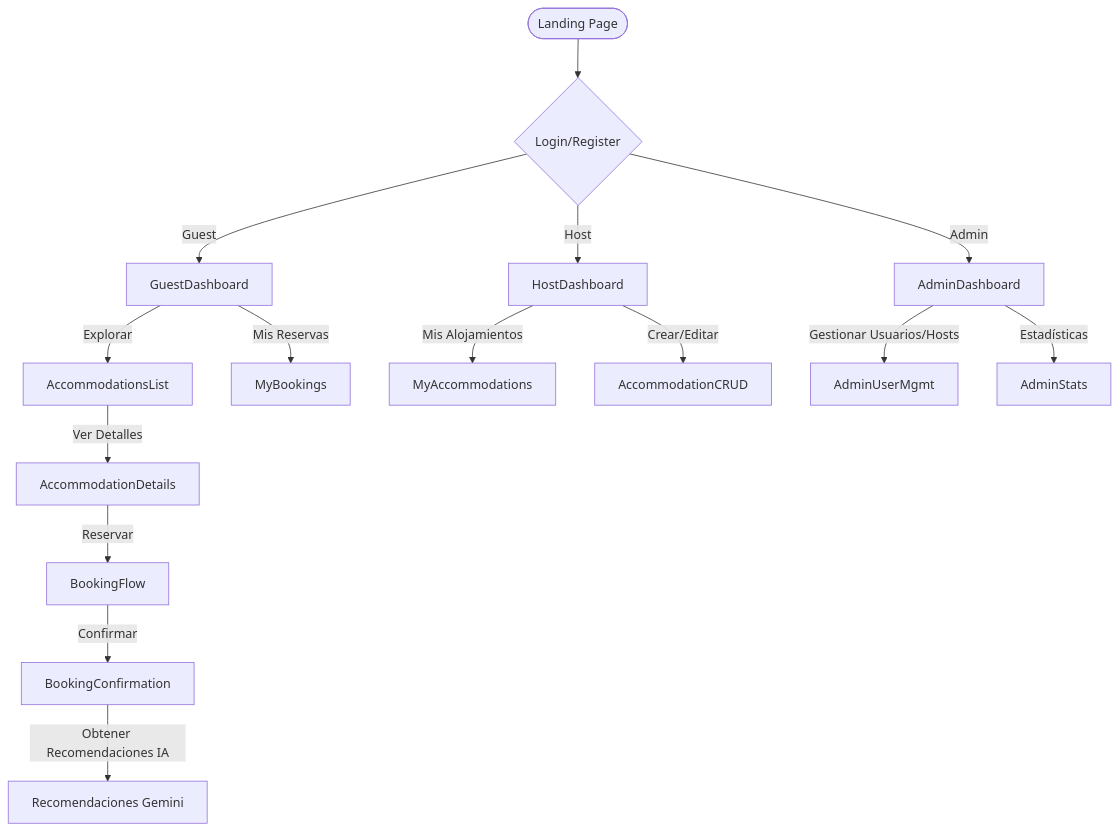
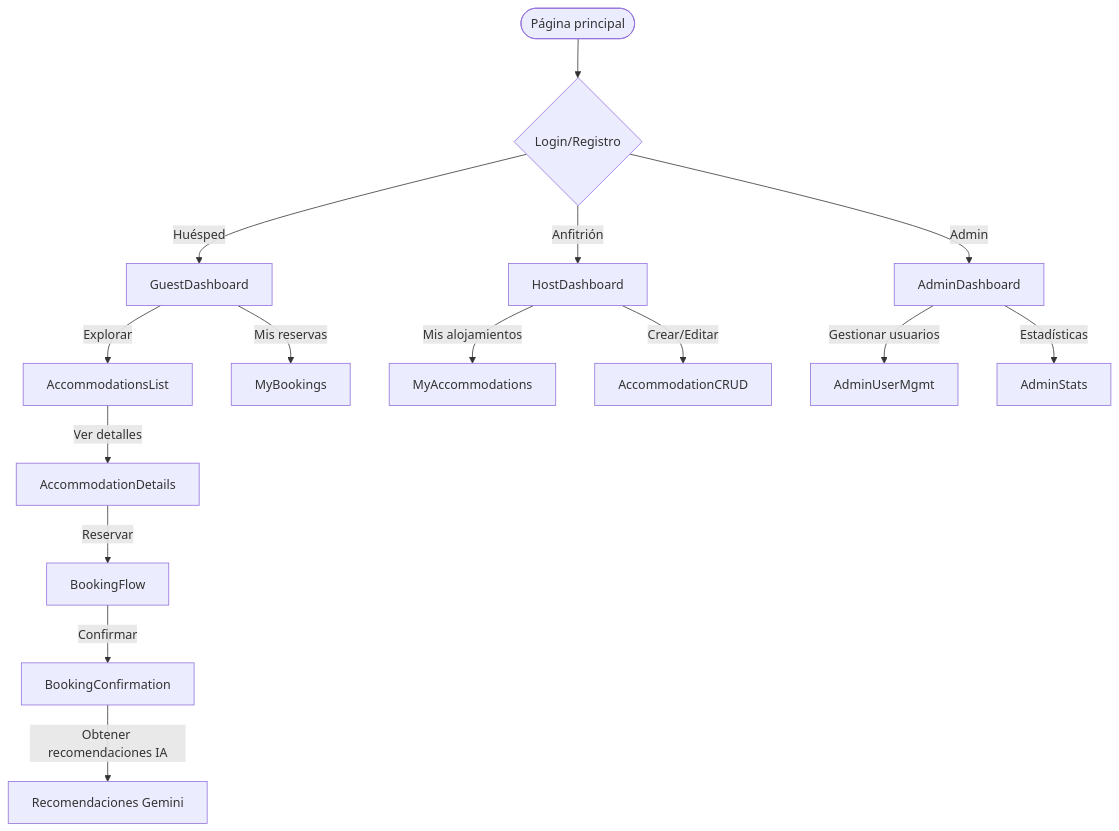
Before and after one commit to alenorgue/DDBookings: the second of 2 diagrams in README.md, drawn with Mermaid. The commit also changed other lines of this file and 7 other files, not shown here.

````diff
--- a/README.md
+++ b/README.md
@@ -227,17 +281,17 @@
 ```mermaid
 flowchart TD
-    Start([Landing Page]) --> LoginOrRegister{Login/Register}
-    LoginOrRegister -- Guest --> GuestDashboard
-    LoginOrRegister -- Host --> HostDashboard
+    Start([Página principal]) --> LoginOrRegister{Login/Registro}
+    LoginOrRegister -- Huésped --> GuestDashboard
+    LoginOrRegister -- Anfitrión --> HostDashboard
     LoginOrRegister -- Admin --> AdminDashboard
     GuestDashboard -->|Explorar| AccommodationsList
-    AccommodationsList -->|Ver Detalles| AccommodationDetails
+    AccommodationsList -->|Ver detalles| AccommodationDetails
     AccommodationDetails -->|Reservar| BookingFlow
     BookingFlow -->|Confirmar| BookingConfirmation
-    BookingConfirmation -->|Obtener Recomendaciones IA| AIRecs[Recomendaciones Gemini]
-    GuestDashboard -->|Mis Reservas| MyBookings
-    HostDashboard -->|Mis Alojamientos| MyAccommodations
+    BookingConfirmation -->|Obtener recomendaciones IA| AIRecs[Recomendaciones Gemini]
+    GuestDashboard -->|Mis reservas| MyBookings
+    HostDashboard -->|Mis alojamientos| MyAccommodations
     HostDashboard -->|Crear/Editar| AccommodationCRUD
-    AdminDashboard -->|Gestionar Usuarios/Hosts| AdminUserMgmt
+    AdminDashboard -->|Gestionar usuarios| AdminUserMgmt
     AdminDashboard -->|Estadísticas| AdminStats
 ```
````
